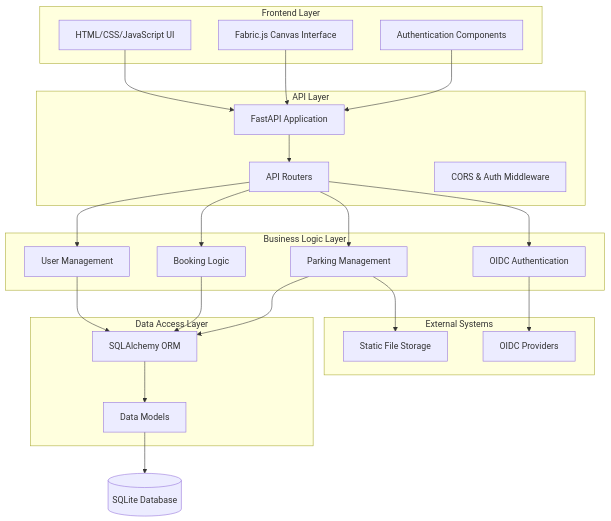
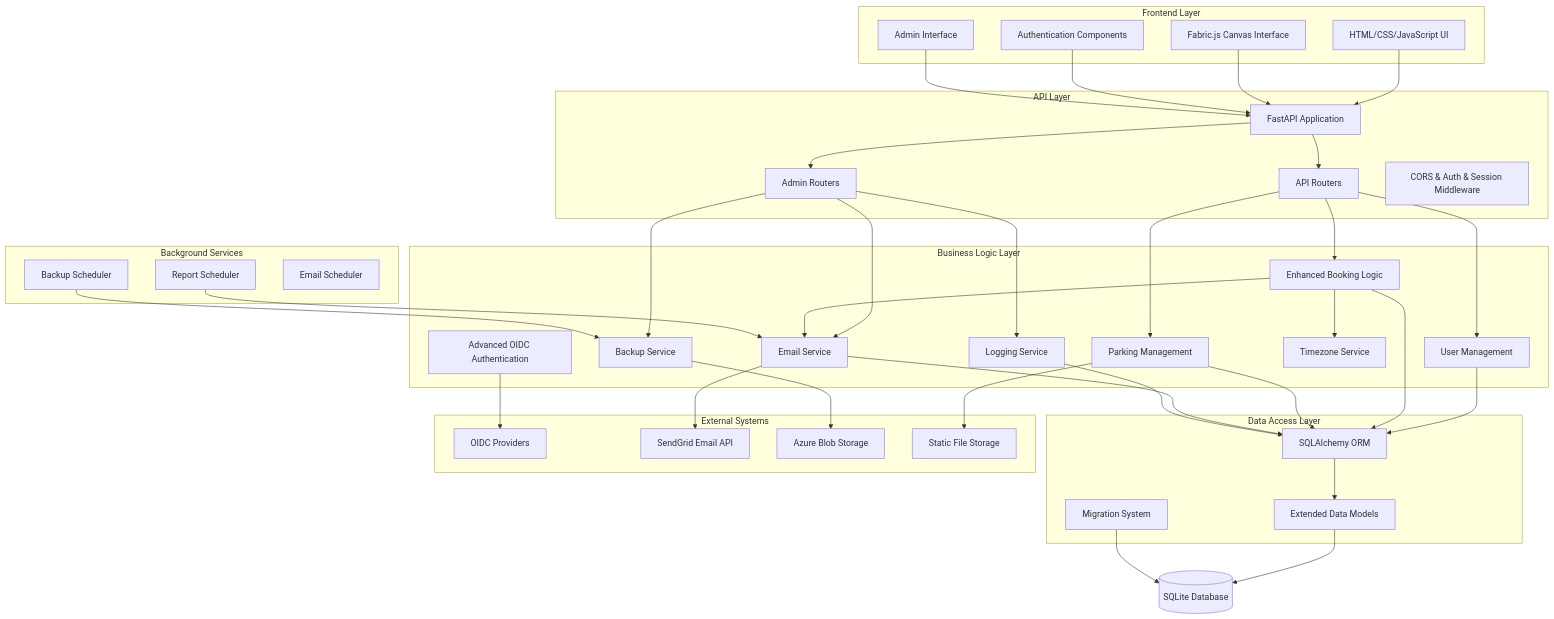
Before and after one commit to zateckar/booking: the first of 3 diagrams in .kiro/specs/parking-booking-system/design.md, drawn with Mermaid. The commit also changed other lines of this file and 50 other files, not shown here.

First line of the commit message:
Refactor admin features: remove reports, add PWA support and database migrations

````diff
--- a/.kiro/specs/parking-booking-system/design.md
+++ b/.kiro/specs/parking-booking-system/design.md
@@ -13,49 +13,77 @@
 ```mermaid
 graph TB
     subgraph "Frontend Layer"
         UI[HTML/CSS/JavaScript UI]
         Canvas[Fabric.js Canvas Interface]
         Auth[Authentication Components]
+        AdminUI[Admin Interface]
     end
     
     subgraph "API Layer"
         FastAPI[FastAPI Application]
         Routers[API Routers]
-        Middleware[CORS & Auth Middleware]
+        AdminRouters[Admin Routers]
+        Middleware[CORS & Auth & Session Middleware]
     end
     
     subgraph "Business Logic Layer"
         UserMgmt[User Management]
-        BookingLogic[Booking Logic]
+        BookingLogic[Enhanced Booking Logic]
         ParkingMgmt[Parking Management]
-        OIDCAuth[OIDC Authentication]
+        OIDCAuth[Advanced OIDC Authentication]
+        EmailService[Email Service]
+        BackupService[Backup Service]
+        TimezoneService[Timezone Service]
+        LoggingService[Logging Service]
+    end
+    
+    subgraph "Background Services"
+        Scheduler[Report Scheduler]
+        BackupScheduler[Backup Scheduler]
+        EmailScheduler[Email Scheduler]
     end
     
     subgraph "Data Access Layer"
         SQLAlchemy[SQLAlchemy ORM]
-        Models[Data Models]
+        Models[Extended Data Models]
+        Migrations[Migration System]
     end
     
     subgraph "External Systems"
         OIDC[OIDC Providers]
+        SendGrid[SendGrid Email API]
+        AzureBlob[Azure Blob Storage]
         FileSystem[Static File Storage]
     end
     
     Database[(SQLite Database)]
     
     UI --> FastAPI
     Canvas --> FastAPI
     Auth --> FastAPI
+    AdminUI --> FastAPI
     FastAPI --> Routers
+    FastAPI --> AdminRouters
     Routers --> UserMgmt
     Routers --> BookingLogic
     Routers --> ParkingMgmt
-    Routers --> OIDCAuth
+    AdminRouters --> EmailService
+    AdminRouters --> BackupService
+    AdminRouters --> LoggingService
+    BookingLogic --> EmailService
+    BookingLogic --> TimezoneService
+    Scheduler --> EmailService
+    BackupScheduler --> BackupService
     UserMgmt --> SQLAlchemy
     BookingLogic --> SQLAlchemy
     ParkingMgmt --> SQLAlchemy
+    EmailService --> SQLAlchemy
+    LoggingService --> SQLAlchemy
     SQLAlchemy --> Models
     Models --> Database
     OIDCAuth --> OIDC
+    EmailService --> SendGrid
+    BackupService --> AzureBlob
     ParkingMgmt --> FileSystem
+    Migrations --> Database
 ```
````
